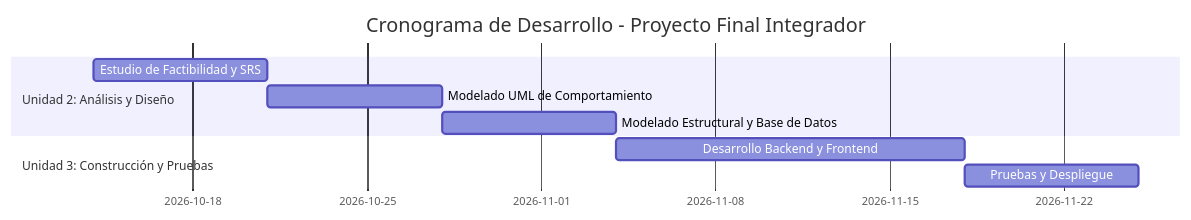
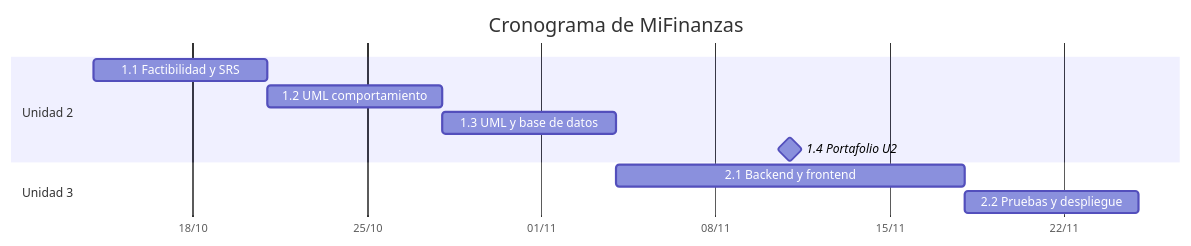
The diagram in FACTIBILIDAD_PLANIFICACION.md (13-quintana/proyecto_7cuatrimestre), drawn with Mermaid before and after one commit. The commit also changed other lines of this file and 5 other files, not shown here.

Commit message:
Integracion del portafolio de analisis y diseno Unidad 2

````diff
--- a/FACTIBILIDAD_PLANIFICACION.md
+++ b/FACTIBILIDAD_PLANIFICACION.md
@@ -43,12 +76,16 @@
 ```mermaid
 gantt
-    title Cronograma de Desarrollo - Proyecto Final Integrador
+    title Cronograma de MiFinanzas
     dateFormat YYYY-MM-DD
-    section Unidad 2: Análisis y Diseño
-    Estudio de Factibilidad y SRS :a1, 2026-10-14, 7d
-    Modelado UML de Comportamiento :a2, 2026-10-21, 7d
-    Modelado Estructural y Base de Datos :a3, 2026-10-28, 7d
-    section Unidad 3: Construcción y Pruebas
-    Desarrollo Backend y Frontend :b1, 2026-11-04, 14d
-    Pruebas y Despliegue :b2, 2026-11-18, 7d
+    axisFormat %d/%m
+
+    section Unidad 2
+    1.1 Factibilidad y SRS :a1, 2026-10-14, 7d
+    1.2 UML comportamiento :a2, 2026-10-21, 7d
+    1.3 UML y base de datos :a3, 2026-10-28, 7d
+    1.4 Portafolio U2 :milestone, a4, 2026-11-11, 0d
+
+    section Unidad 3
+    2.1 Backend y frontend :b1, 2026-11-04, 14d
+    2.2 Pruebas y despliegue :b2, 2026-11-18, 7d
 ```
````
